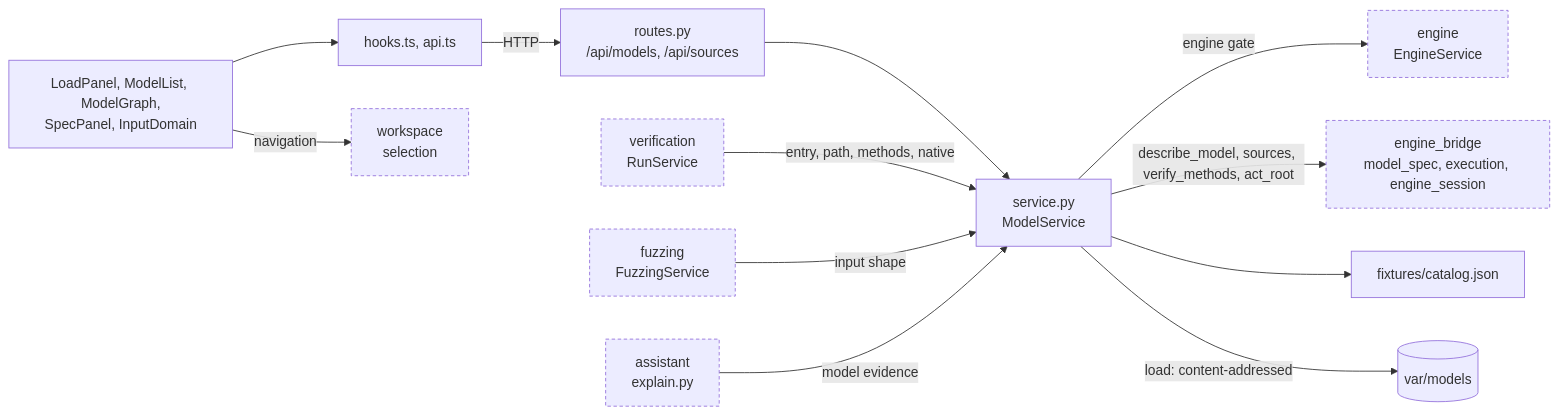
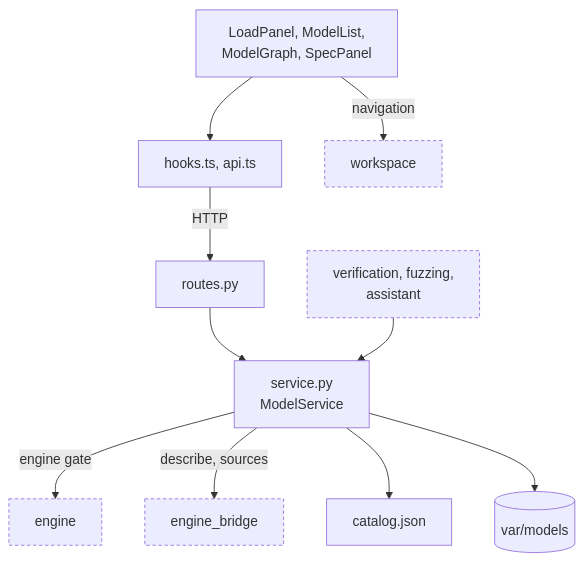
The diagram in visual_bench/model_spec/README.md (SVF-tools/ACT-GUI), drawn with Mermaid before and after one commit. The commit also changed 17 other files, not shown here.

Commit message:
lay out the README flow diagrams top-down so they stay legible on GitHub

````diff
--- a/visual_bench/model_spec/README.md
+++ b/visual_bench/model_spec/README.md
@@ -24,25 +24,22 @@
 ```mermaid
-flowchart LR
+flowchart TB
   classDef ext stroke-dasharray: 4 3
-  Views["LoadPanel, ModelList, ModelGraph,<br/>SpecPanel, InputDomain"]
+  Views["LoadPanel, ModelList,<br/>ModelGraph, SpecPanel"]
   H["hooks.ts, api.ts"]
-  R["routes.py<br/>/api/models, /api/sources"]
+  R["routes.py"]
   S["service.py<br/>ModelService"]
-  WS["workspace<br/>selection"]:::ext
-  EN["engine<br/>EngineService"]:::ext
-  VER["verification<br/>RunService"]:::ext
-  FZ["fuzzing<br/>FuzzingService"]:::ext
-  AS["assistant<br/>explain.py"]:::ext
-  EB["engine_bridge<br/>model_spec, execution, engine_session"]:::ext
+  WS["workspace"]:::ext
+  CAL["verification, fuzzing,<br/>assistant"]:::ext
+  EN["engine"]:::ext
+  EB["engine_bridge"]:::ext
+  Cat["catalog.json"]
+  Store[("var/models")]
   Views --> H
   Views -- "navigation" --> WS
   H -- "HTTP" --> R
   R --> S
+  CAL --> S
   S -- "engine gate" --> EN
-  S -- "describe_model, sources, verify_methods, act_root" --> EB
-  S --> Cat["fixtures/catalog.json"]
-  S -- "load: content-addressed" --> Store[("var/models")]
-  VER -- "entry, path, methods, native" --> S
-  FZ -- "input shape" --> S
-  AS -- "model evidence" --> S
+  S -- "describe, sources" --> EB
+  S --> Cat & Store
 ```
````
